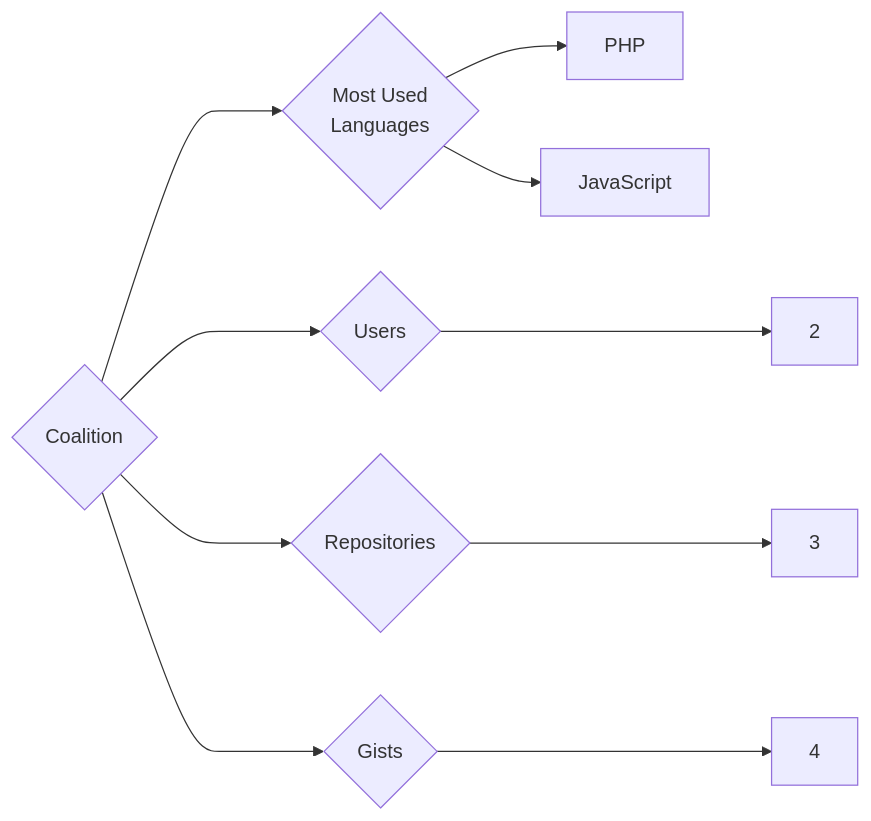
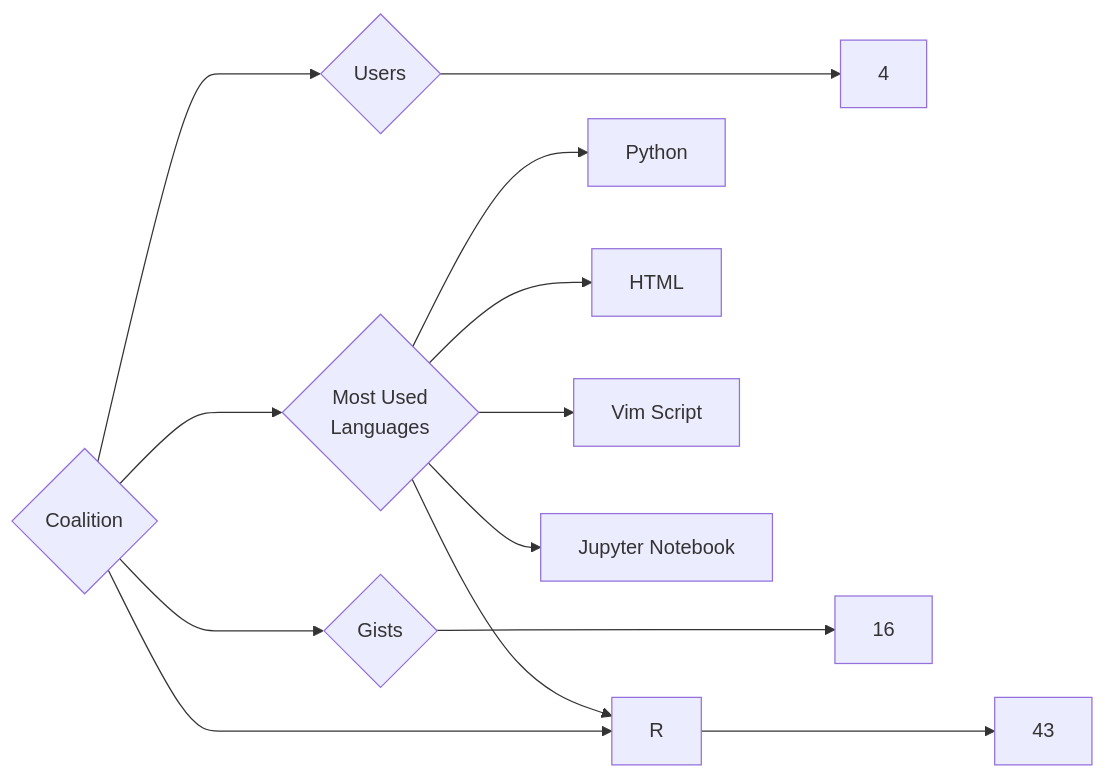
One commit to trickest/insiders changed the diagram in targets/Coalition/README.md. Above: the diagram before and after it, drawn with Mermaid. The commit also changed 993 other files, not shown here.

````diff
--- a/targets/Coalition/README.md
+++ b/targets/Coalition/README.md
@@ -3,10 +3,13 @@
 ```mermaid
 graph LR
 COMPANY_NAME{Coalition}
-COMPANY_NAME ---> U{Users} ---> UN[2]
-COMPANY_NAME ---> R{Repositories} ---> RN[3]
-COMPANY_NAME ---> G{Gists} ---> GN[4]
+COMPANY_NAME ---> U{Users} ---> UN[4]
+COMPANY_NAME ---> R{Repositories} ---> RN[43]
+COMPANY_NAME ---> G{Gists} ---> GN[16]
 COMPANY_NAME ---> ML{Most Used<br>Languages}
-ML --> PHP[PHP]
-ML --> JavaScript[JavaScript]
+ML --> Python[Python]
+ML --> R[R]
+ML --> HTML[HTML]
+ML --> Vim_Script[Vim Script]
+ML --> Jupyter_Notebook[Jupyter Notebook]
 ```
````
